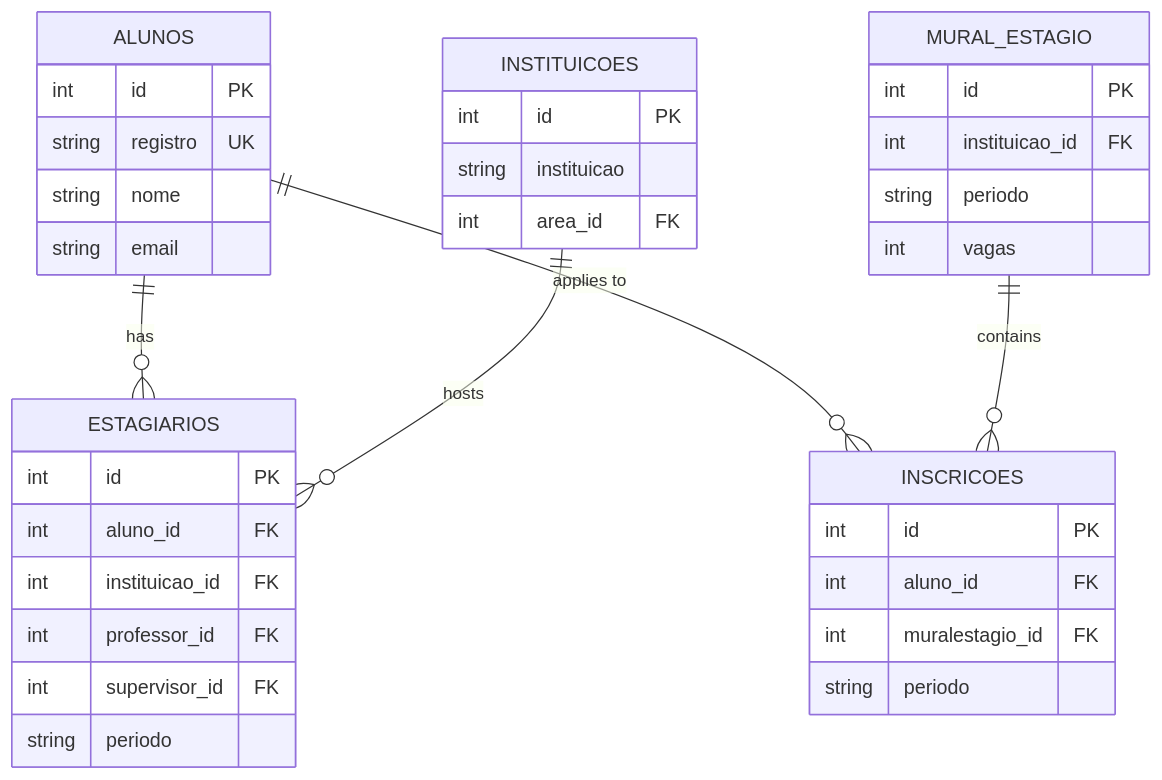
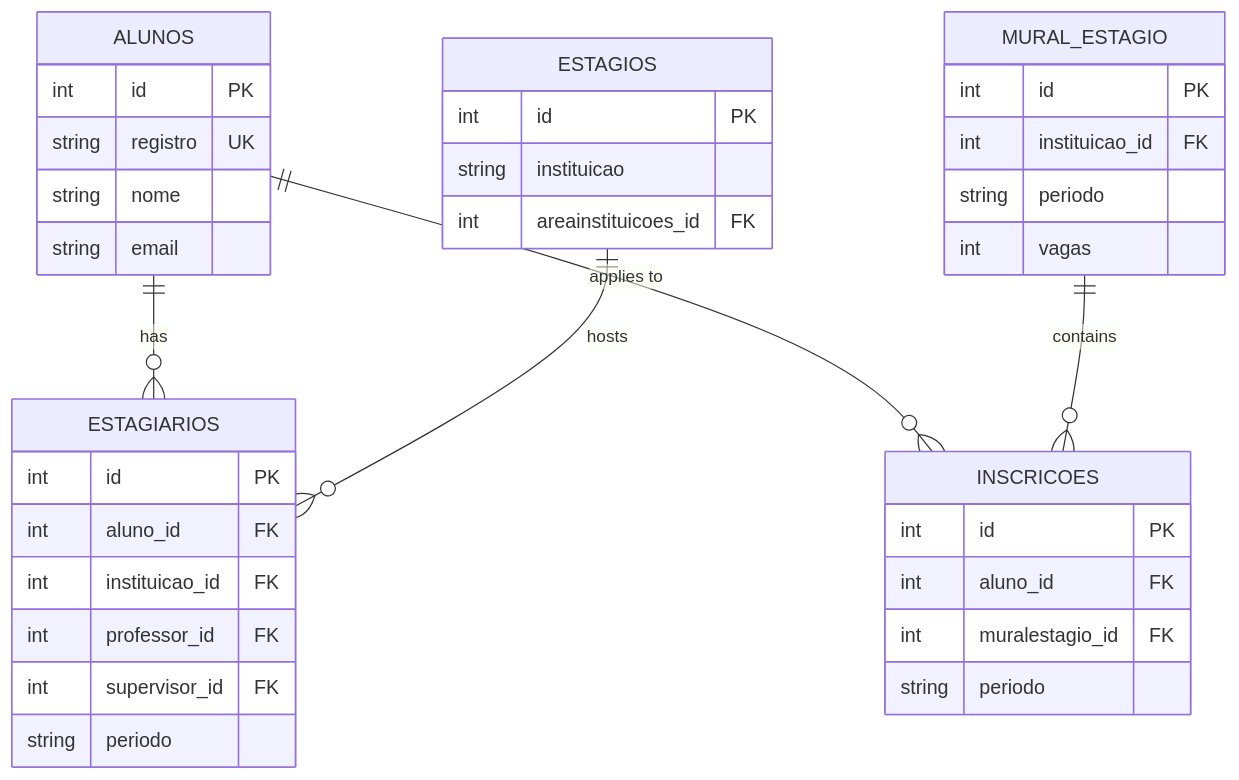
One commit to luiseduacosta/nodemural changed the eighth of 8 diagrams in .qoder/repowiki/en/content/Core Features Implementation/Core Features Implementation.md. Above: the diagram before and after it, drawn with Mermaid. The commit also changed other lines of this file and 27 other files, not shown here.

````diff
--- a/.qoder/repowiki/en/content/Core Features Implementation/Core Features Implementation.md
+++ b/.qoder/repowiki/en/content/Core Features Implementation/Core Features Implementation.md
@@ -457,38 +457,38 @@
 ```mermaid
 erDiagram
 ALUNOS {
 int id PK
 string registro UK
 string nome
 string email
 }
-INSTITUICOES {
+ESTAGIOS {
 int id PK
 string instituicao
-int area_id FK
+int areainstituicoes_id FK
 }
 ESTAGIARIOS {
 int id PK
 int aluno_id FK
 int instituicao_id FK
 int professor_id FK
 int supervisor_id FK
 string periodo
 }
 MURAL_ESTAGIO {
 int id PK
 int instituicao_id FK
 string periodo
 int vagas
 }
 INSCRICOES {
 int id PK
 int aluno_id FK
 int muralestagio_id FK
 string periodo
 }
 ALUNOS ||--o{ ESTAGIARIOS : "has"
-INSTITUICOES ||--o{ ESTAGIARIOS : "hosts"
+ESTAGIOS ||--o{ ESTAGIARIOS : "hosts"
 ALUNOS ||--o{ INSCRICOES : "applies to"
 MURAL_ESTAGIO ||--o{ INSCRICOES : "contains"
 ```
````
